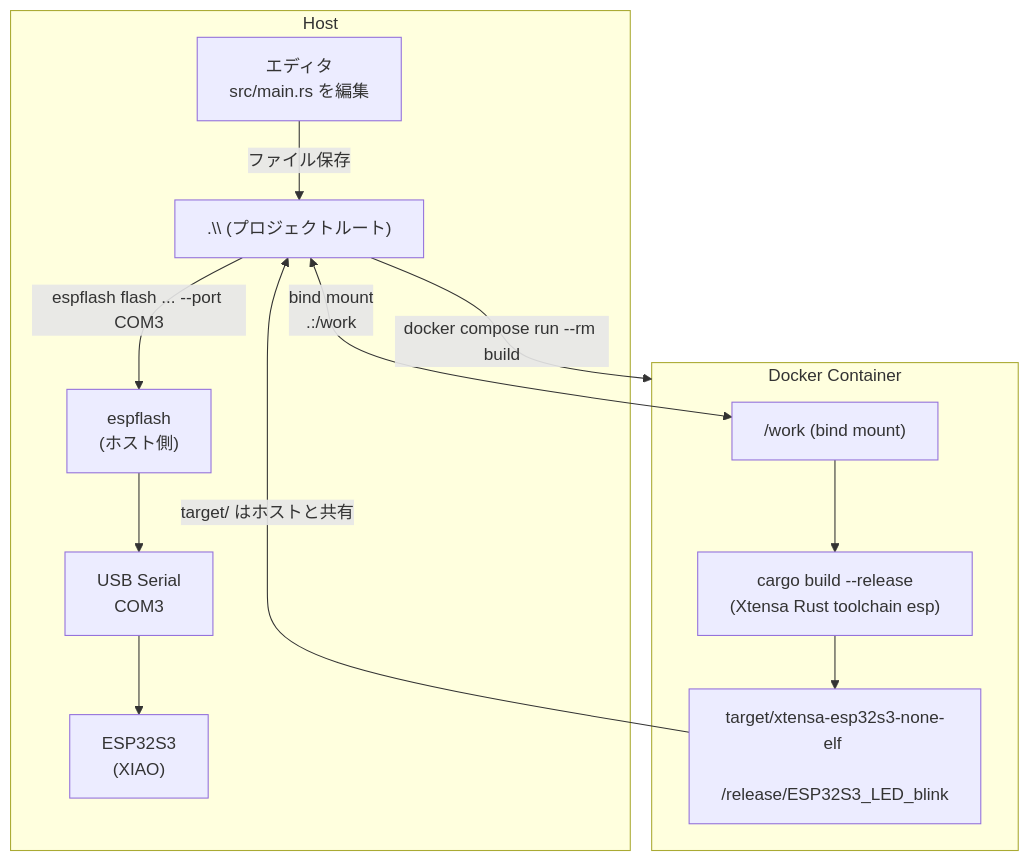
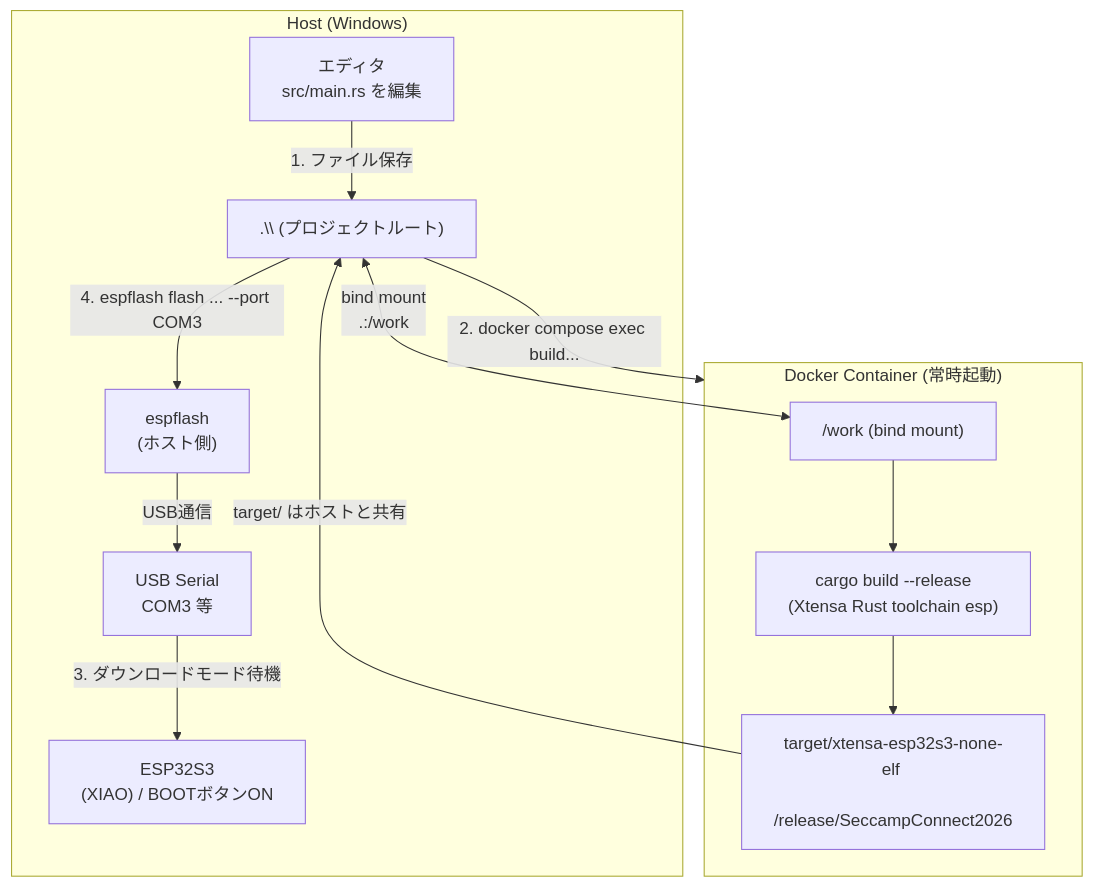
Before and after one commit to Chisenon/SeccampConnect2026: the diagram in WORKFLOW.md, drawn with Mermaid. The commit also changed other lines of this file and 1 other file, not shown here.

````diff
--- a/WORKFLOW.md
+++ b/WORKFLOW.md
@@ -1,29 +1,29 @@
 ```mermaid
 flowchart TD
-    subgraph HOST["Host"]
+    subgraph HOST["Host (Windows)"]
         EDITOR["エディタ <br> src/main.rs を編集"]
         VOLUME[".\\ (プロジェクトルート)"]
         ESPFLASH["espflash<br>(ホスト側)"]
-        COM["USB Serial<br>COM3"]
-        ESP32S3["ESP32S3<br>(XIAO)"]
+        COM["USB Serial<br>COM3 等"]
+        ESP32S3["ESP32S3<br>(XIAO) / BOOTボタンON"]
     end
 
-    subgraph CONTAINER["Docker Container"]
+    subgraph CONTAINER["Docker Container (常時起動)"]
         MOUNT["/work (bind mount)"]
         CARGO["cargo build --release<br>(Xtensa Rust toolchain esp)"]
-        ELF["target/xtensa-esp32s3-none-elf <br> /release/ESP32S3_LED_blink"]
+        ELF["target/xtensa-esp32s3-none-elf <br> /release/SeccampConnect2026"]
 
         MOUNT --> CARGO
         CARGO --> ELF
     end
 
-    EDITOR -->|"ファイル保存"| VOLUME
+    EDITOR -->|"1. ファイル保存"| VOLUME
     VOLUME <-->|"bind mount<br>.:/work"| MOUNT
     ELF -->|"target/ はホストと共有"| VOLUME
 
-    VOLUME -->|"docker compose run --rm build"| CONTAINER
+    VOLUME -->|"2. docker compose exec build..."| CONTAINER
 
-    VOLUME -->|"espflash flash ... --port COM3"| ESPFLASH
-    ESPFLASH --> COM
-    COM --> ESP32S3
+    VOLUME -->|"4. espflash flash ... --port COM3"| ESPFLASH
+    ESPFLASH -->|"USB通信"| COM
+    COM -->|"3. ダウンロードモード待機"| ESP32S3
 ```
````
